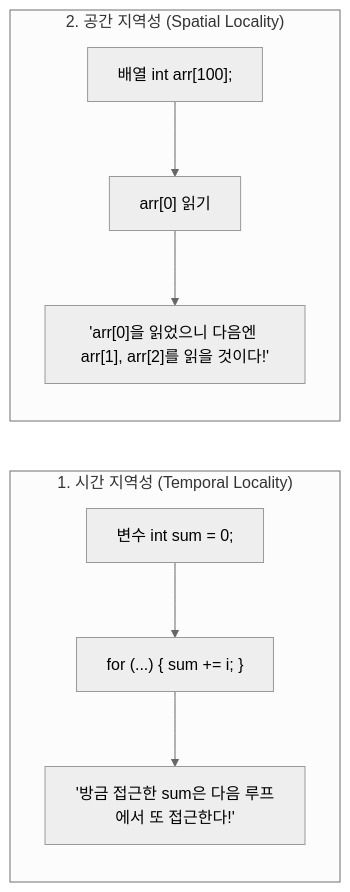
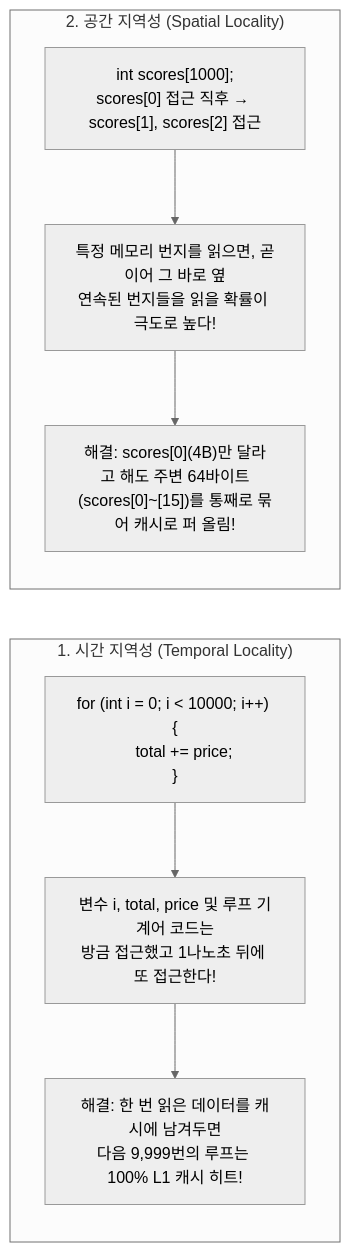
Before and after one commit to keimania/tech-notes: the fifth of 13 diagrams in 06_컴퓨터_구조와_운영체제.md, drawn with Mermaid (neutral theme). The commit also changed other lines of this file and 12 other files, not shown here.

````diff
--- a/06_컴퓨터_구조와_운영체제.md
+++ b/06_컴퓨터_구조와_운영체제.md
@@ -329,14 +498,18 @@
 ```mermaid
-graph LR
-    subgraph 시간_지역성 ["1. 시간 지역성 (Temporal Locality)"]
+flowchart LR
+    subgraph TEMP ["1. 시간 지역성 (Temporal Locality)"]
         direction TB
-        T1["변수 int sum = 0;"] --> T2["for (...) { sum += i; }"]
-        T2 --> T3["'방금 접근한 sum은 다음 루프에서 또 접근한다!'"]
+        T1["for (int i = 0; i < 10000; i++) {<br>    total += price;<br>}"]
+        T2["변수 i, total, price 및 루프 기계어 코드는<br>방금 접근했고 1나노초 뒤에 또 접근한다!"]
+        T3["해결: 한 번 읽은 데이터를 캐시에 남겨두면<br>다음 9,999번의 루프는 100% L1 캐시 히트!"]
+        T1 --> T2 --> T3
     end
 
-    subgraph 공간_지역성 ["2. 공간 지역성 (Spatial Locality)"]
+    subgraph SPAT ["2. 공간 지역성 (Spatial Locality)"]
         direction TB
-        S1["배열 int arr[100];"] --> S2["arr[0] 읽기"]
-        S2 --> S3["'arr[0]을 읽었으니 다음엔 arr[1], arr[2]를 읽을 것이다!'"]
+        S1["int scores[1000];<br>scores[0] 접근 직후 → scores[1], scores[2] 접근"]
+        S2["특정 메모리 번지를 읽으면, 곧이어 그 바로 옆<br>연속된 번지들을 읽을 확률이 극도로 높다!"]
+        S3["해결: scores[0](4B)만 달라고 해도 주변 64바이트<br>(scores[0]~[15])를 통째로 묶어 캐시로 퍼 올림!"]
+        S1 --> S2 --> S3
     end
 ```
````
